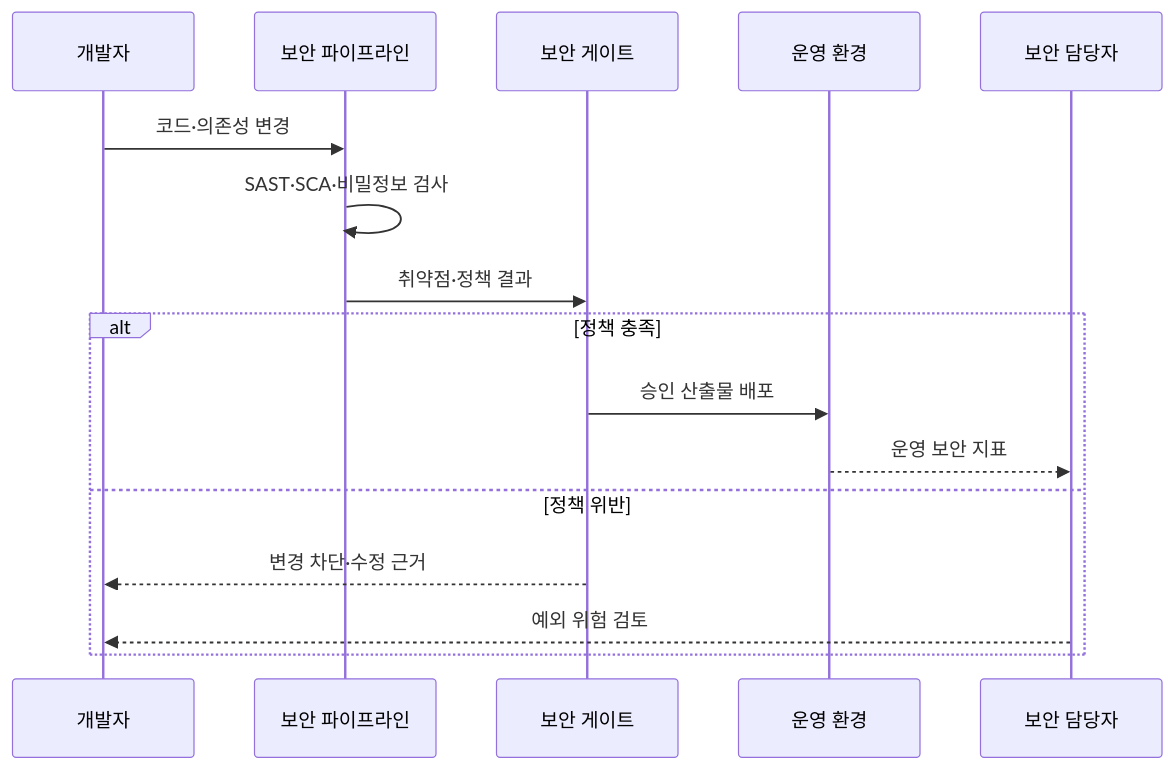
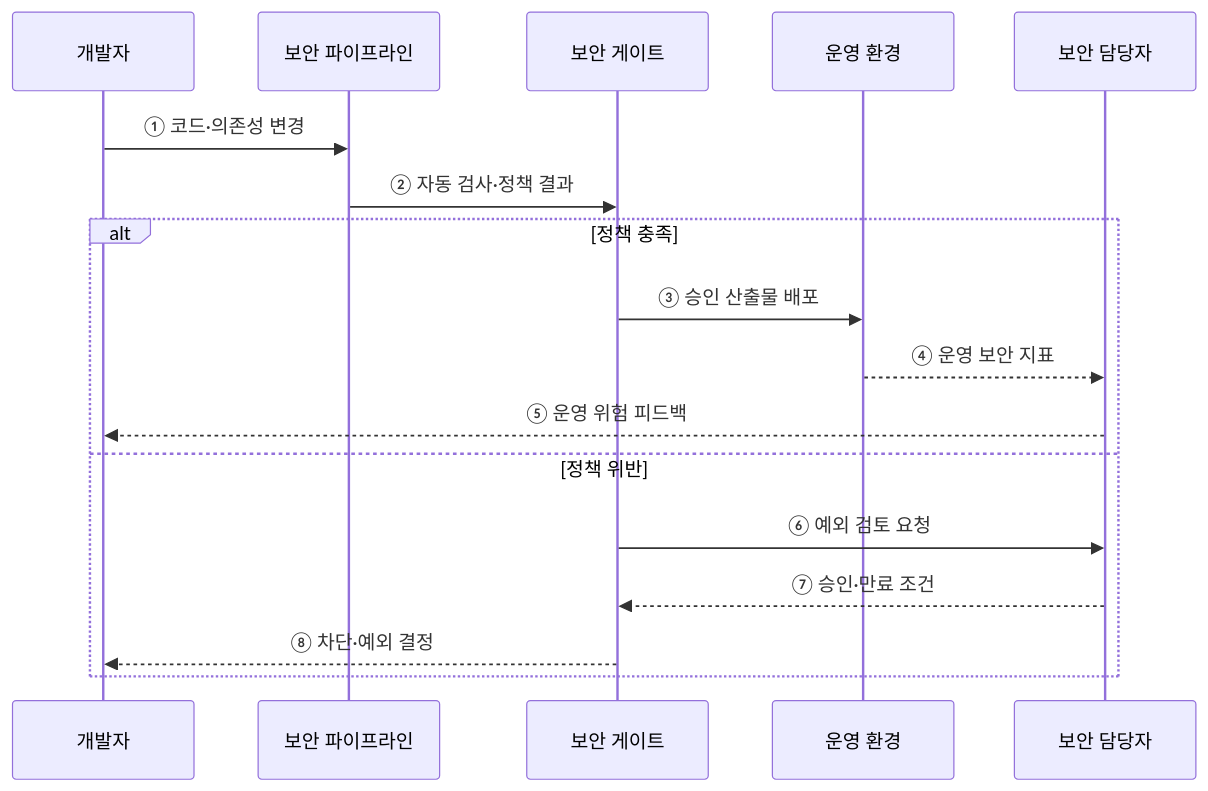
Before and after one commit to agnusdei1207/knowledge-base: the second of 2 diagrams in src/content/docs/notes/03-software/057_devsecops.md, drawn with Mermaid. The commit also changed other lines of this file and 20 other files, not shown here.

````diff
--- a/src/content/docs/notes/03-software/057_devsecops.md
+++ b/src/content/docs/notes/03-software/057_devsecops.md
@@ -82,18 +72,19 @@
 ```mermaid
 sequenceDiagram
     participant D as 개발자
     participant P as 보안 파이프라인
     participant G as 보안 게이트
     participant E as 운영 환경
     participant S as 보안 담당자
-    D->>P: 코드·의존성 변경
-    P->>P: SAST·SCA·비밀정보 검사
-    P->>G: 취약점·정책 결과
+    D->>P: ① 코드·의존성 변경
+    P->>G: ② 자동 검사·정책 결과
     alt 정책 충족
-        G->>E: 승인 산출물 배포
-        E-->>S: 운영 보안 지표
+        G->>E: ③ 승인 산출물 배포
+        E-->>S: ④ 운영 보안 지표
+        S-->>D: ⑤ 운영 위험 피드백
     else 정책 위반
-        G-->>D: 변경 차단·수정 근거
-        S-->>D: 예외 위험 검토
+        G->>S: ⑥ 예외 검토 요청
+        S-->>G: ⑦ 승인·만료 조건
+        G-->>D: ⑧ 차단·예외 결정
     end
 ```
````
